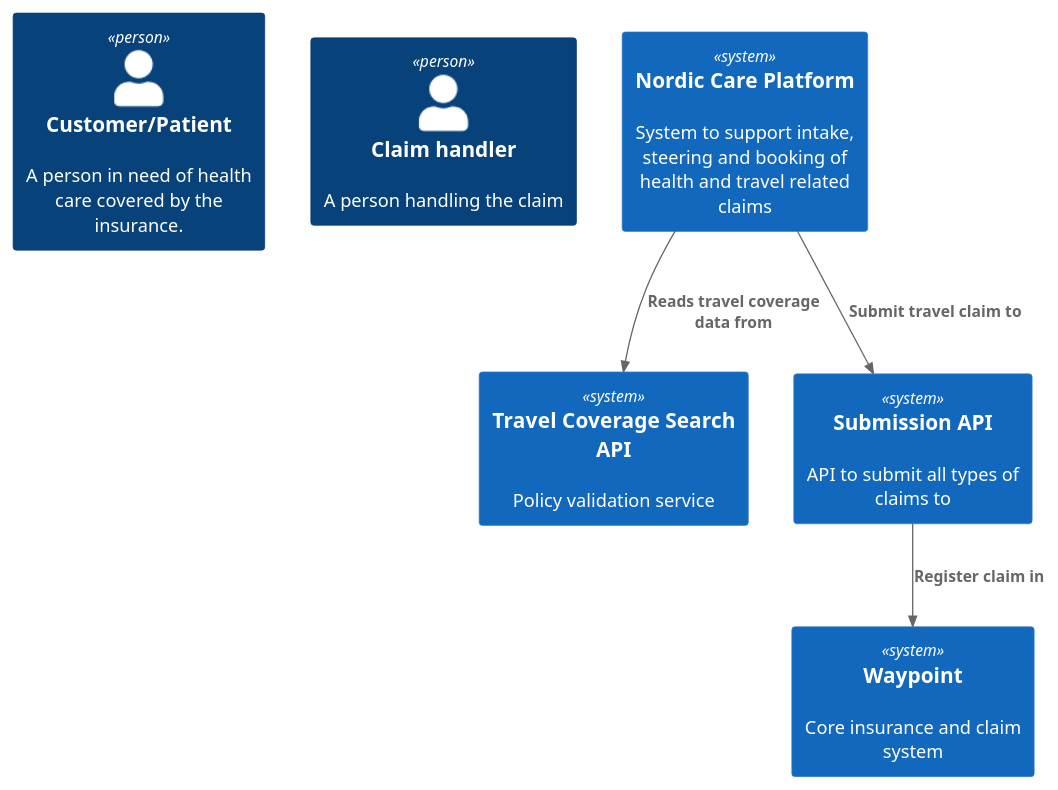
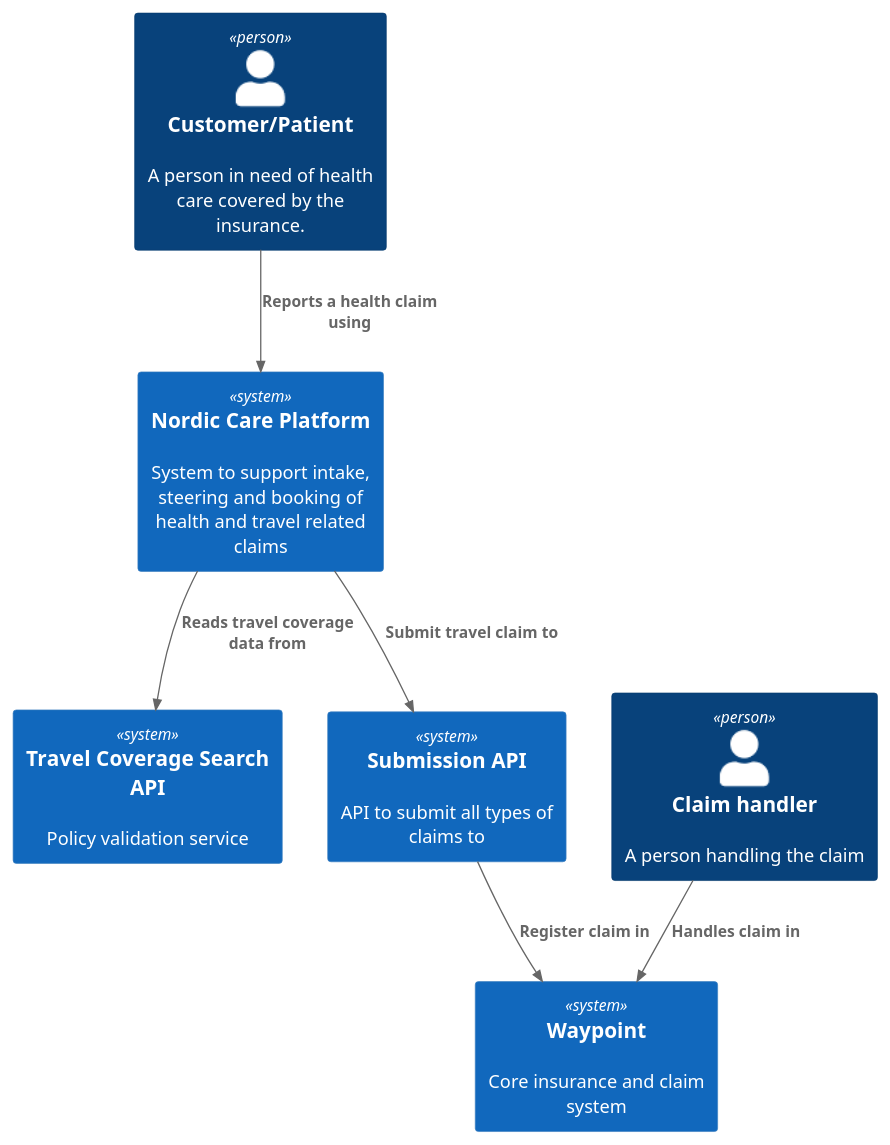
The diagram in C4-context.puml (dereri/plantumldemo), drawn with PlantUML before and after one commit.

```diff
--- a/C4-context.puml
+++ b/C4-context.puml
@@ -1,13 +1,15 @@
 @startuml C4-context
 !include https://raw.githubusercontent.com/plantuml-stdlib/C4-PlantUML/master/C4_Context.puml
 Person(customer, "Customer/Patient", "A person in need of health care covered by the insurance.")
 Person(claimhandler, "Claim handler", "A person handling the claim")
 System(RSA_TRA, "Travel Coverage Search API", "Policy validation service")
 System(NCP,"Nordic Care Platform", "System to support intake, steering and booking of health and travel related claims")
 System(SubAPI, "Submission API", "API to submit all types of claims to")
 'System(Claims, "Claims.intake", "System to register claims in Waypoint")
 System(WP, "Waypoint", "Core insurance and claim system")
+Rel(customer,NCP, "Reports a health claim using")
 Rel(NCP, RSA_TRA, "Reads travel coverage data from")
 Rel(NCP, SubAPI, "Submit travel claim to")
 Rel(SubAPI, WP, "Register claim in")
+Rel(claimhandler, WP, "Handles claim in")
 @enduml
```
